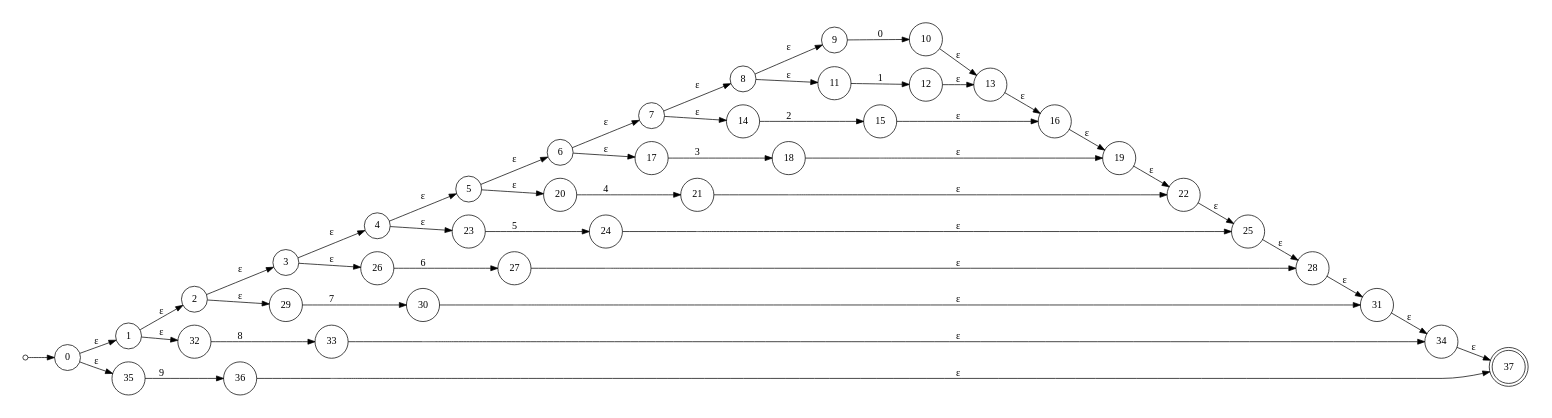
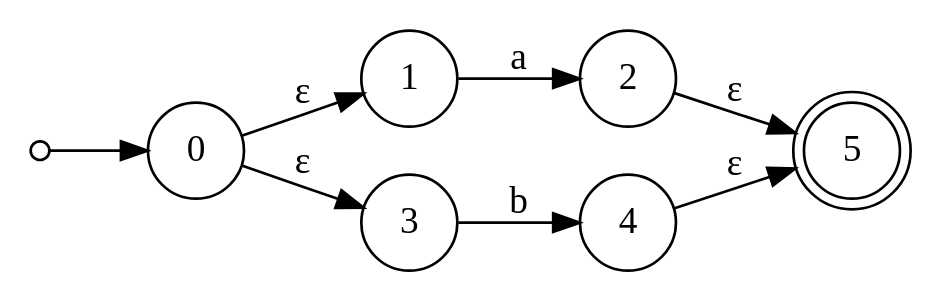
One commit to EstebanAG1005/LaboratorioC-Lenguajes changed the diagram in nfa3.gv. Above: the diagram before and after it, drawn with Graphviz. The commit also changed 13 other files, not shown here.

```diff
--- a/nfa3.gv
+++ b/nfa3.gv
@@ -1,54 +1,14 @@
 digraph {
 	rankdir=LR size="8,5"
 	node [shape=doublecircle]
-	37
+	5
 	node [shape=circle]
 	start [label="" height=0.1 width=0.1]
 	start -> 0 [label=""]
 	0 -> 1 [label="ε"]
-	0 -> 35 [label="ε"]
-	1 -> 2 [label="ε"]
-	1 -> 32 [label="ε"]
-	2 -> 3 [label="ε"]
-	2 -> 29 [label="ε"]
-	3 -> 4 [label="ε"]
-	3 -> 26 [label="ε"]
+	0 -> 3 [label="ε"]
+	1 -> 2 [label=a]
+	3 -> 4 [label=b]
+	2 -> 5 [label="ε"]
 	4 -> 5 [label="ε"]
-	4 -> 23 [label="ε"]
-	5 -> 6 [label="ε"]
-	5 -> 20 [label="ε"]
-	6 -> 7 [label="ε"]
-	6 -> 17 [label="ε"]
-	7 -> 8 [label="ε"]
-	7 -> 14 [label="ε"]
-	8 -> 9 [label="ε"]
-	8 -> 11 [label="ε"]
-	9 -> 10 [label=0]
-	11 -> 12 [label=1]
-	10 -> 13 [label="ε"]
-	12 -> 13 [label="ε"]
-	14 -> 15 [label=2]
-	13 -> 16 [label="ε"]
-	15 -> 16 [label="ε"]
-	17 -> 18 [label=3]
-	16 -> 19 [label="ε"]
-	18 -> 19 [label="ε"]
-	20 -> 21 [label=4]
-	19 -> 22 [label="ε"]
-	21 -> 22 [label="ε"]
-	23 -> 24 [label=5]
-	22 -> 25 [label="ε"]
-	24 -> 25 [label="ε"]
-	26 -> 27 [label=6]
-	25 -> 28 [label="ε"]
-	27 -> 28 [label="ε"]
-	29 -> 30 [label=7]
-	28 -> 31 [label="ε"]
-	30 -> 31 [label="ε"]
-	32 -> 33 [label=8]
-	31 -> 34 [label="ε"]
-	33 -> 34 [label="ε"]
-	35 -> 36 [label=9]
-	34 -> 37 [label="ε"]
-	36 -> 37 [label="ε"]
 }
```
